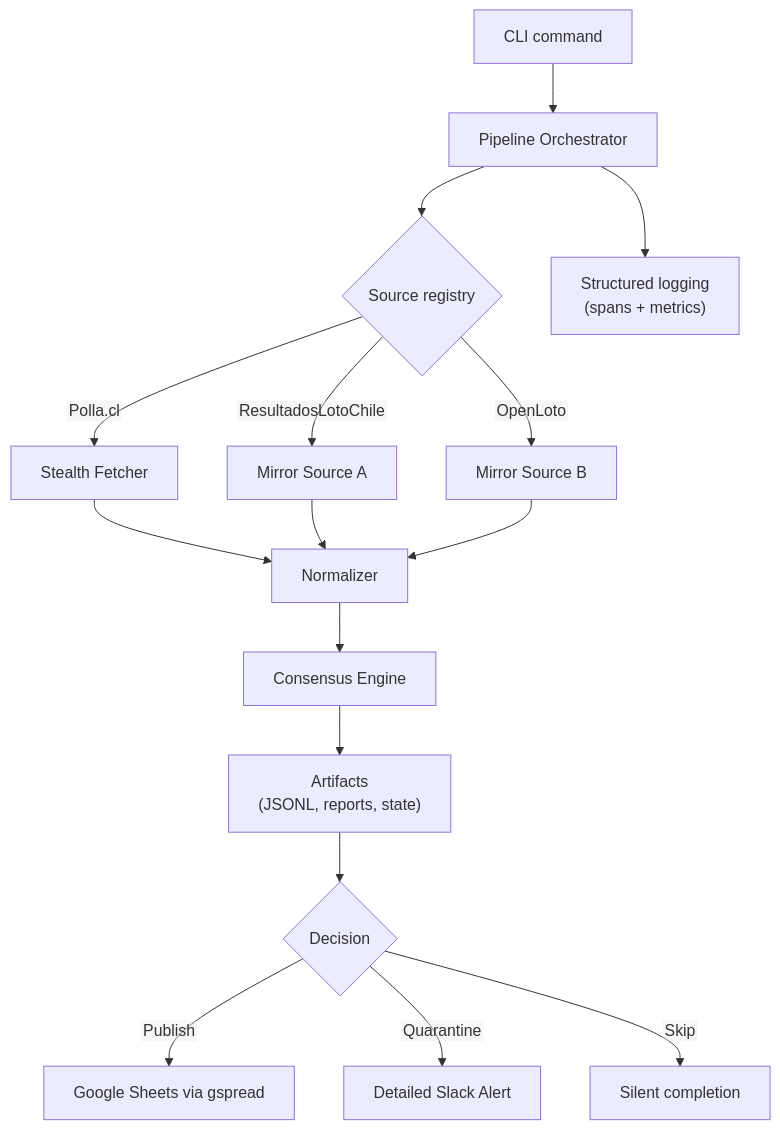
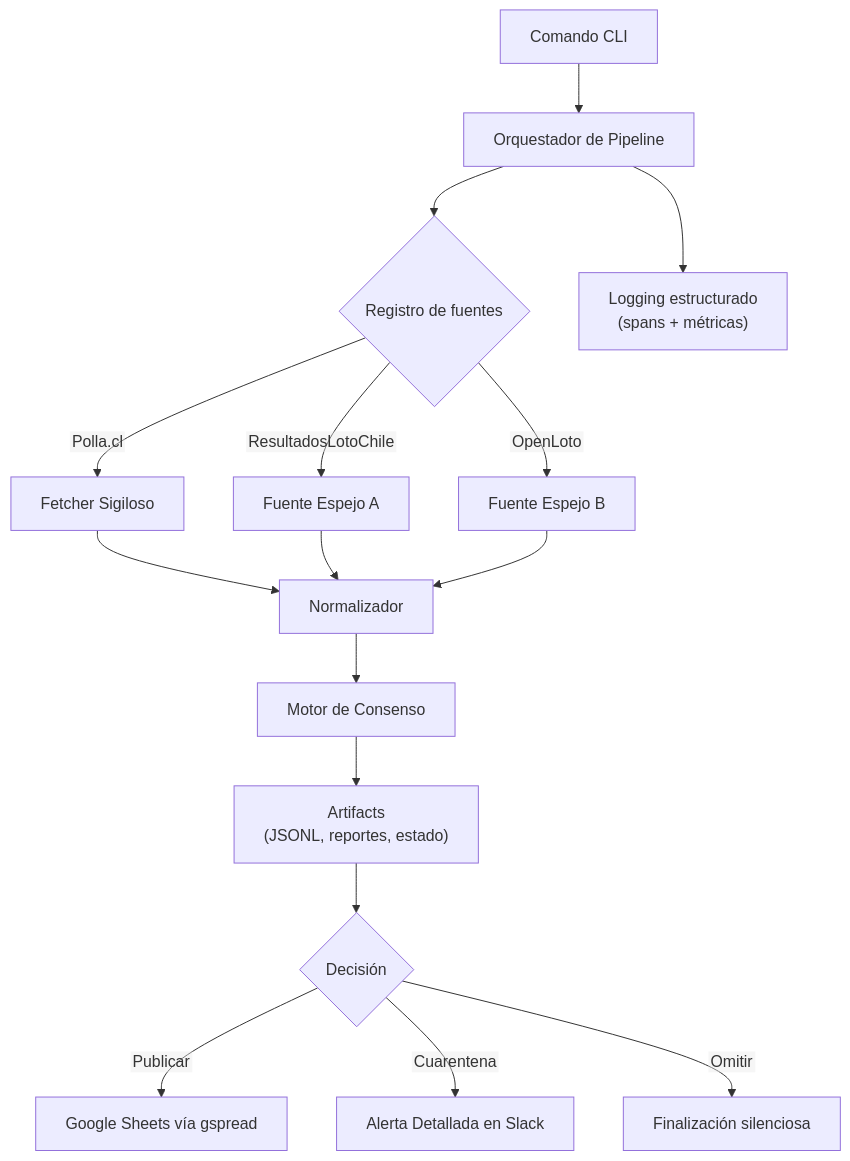
The diagram in README.md (cortega26/polla), drawn with Mermaid before and after one commit. The commit also changed other lines of this file, not shown here.

````diff
--- a/README.md
+++ b/README.md
@@ -28,18 +28,18 @@
 ```mermaid
 %%{init: {"themeVariables": {"fontSize":"16px"}, "flowchart": {"htmlLabels": false, "wrap": true}}}%%
 flowchart TB
-  A[CLI command] --> B[Pipeline Orchestrator]
-  B --> C{Source registry}
-  C -->|Polla.cl| D[Stealth Fetcher]
-  C -->|ResultadosLotoChile| E[Mirror Source A]
-  C -->|OpenLoto| F[Mirror Source B]
-  D & E & F --> G[Normalizer]
-  G --> H[Consensus Engine]
-  H --> I["Artifacts<br/>(JSONL, reports, state)"]
-  I --> J{Decision}
-  J -->|Publish| K[Google Sheets via gspread]
-  J -->|Quarantine| L[Detailed Slack Alert]
-  J -->|Skip| M[Silent completion]
-  B --> N["Structured logging<br/>(spans + metrics)"]
+  A[Comando CLI] --> B[Orquestador de Pipeline]
+  B --> C{Registro de fuentes}
+  C -->|Polla.cl| D[Fetcher Sigiloso]
+  C -->|ResultadosLotoChile| E[Fuente Espejo A]
+  C -->|OpenLoto| F[Fuente Espejo B]
+  D & E & F --> G[Normalizador]
+  G --> H[Motor de Consenso]
+  H --> I["Artifacts<br/>(JSONL, reportes, estado)"]
+  I --> J{Decisión}
+  J -->|Publicar| K[Google Sheets vía gspread]
+  J -->|Cuarentena| L[Alerta Detallada en Slack]
+  J -->|Omitir| M[Finalización silenciosa]
+  B --> N["Logging estructurado<br/>(spans + métricas)"]
 
 ```
````
